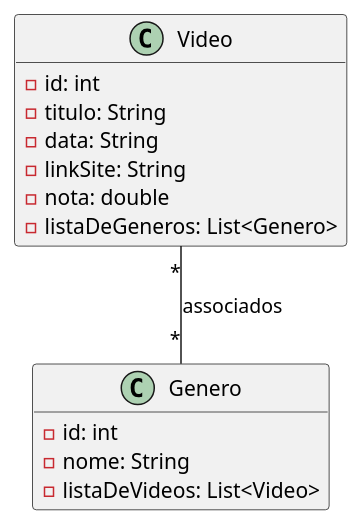
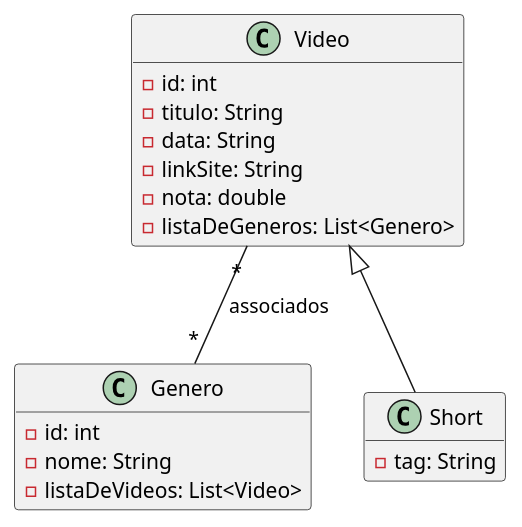
The diagram in docs/Videoteca.UML.v1.drawio.puml (jhenriquecs/FrameStack), drawn with PlantUML before and after one commit. The commit also changed 6 other files, not shown here.

First line of the commit message:
feat(modelo): adiciona subclasse Short de Video

```diff
--- a/docs/Videoteca.UML.v1.drawio.puml
+++ b/docs/Videoteca.UML.v1.drawio.puml
@@ -1,20 +1,25 @@
 @startuml
 hide methods
 
 class Genero {
   - id: int
   - nome: String
   - listaDeVideos: List<Video>
 }
 
 class Video {
   - id: int
   - titulo: String
   - data: String
   - linkSite: String
   - nota: double
   - listaDeGeneros: List<Genero>
 }
 
+class Short {
+  - tag: String
+}
+
 Video "*" -- "*" Genero : associados
+Video <|-- Short
 @enduml
```
